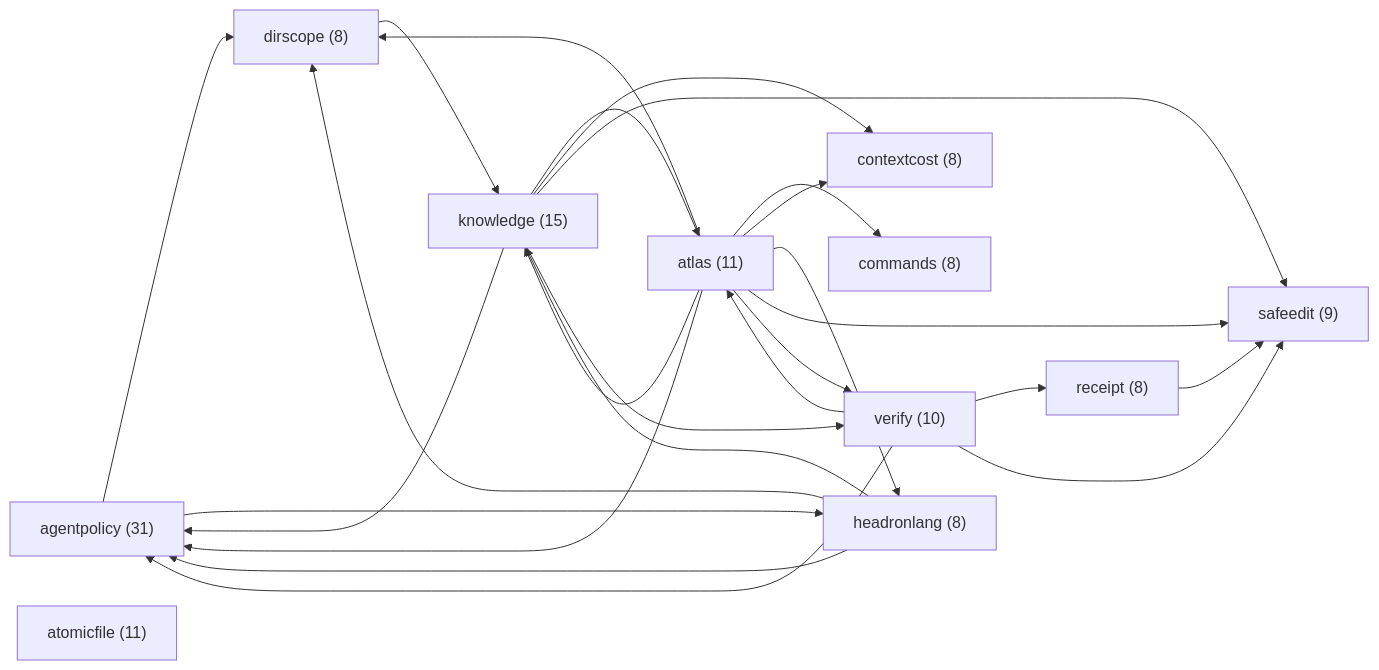
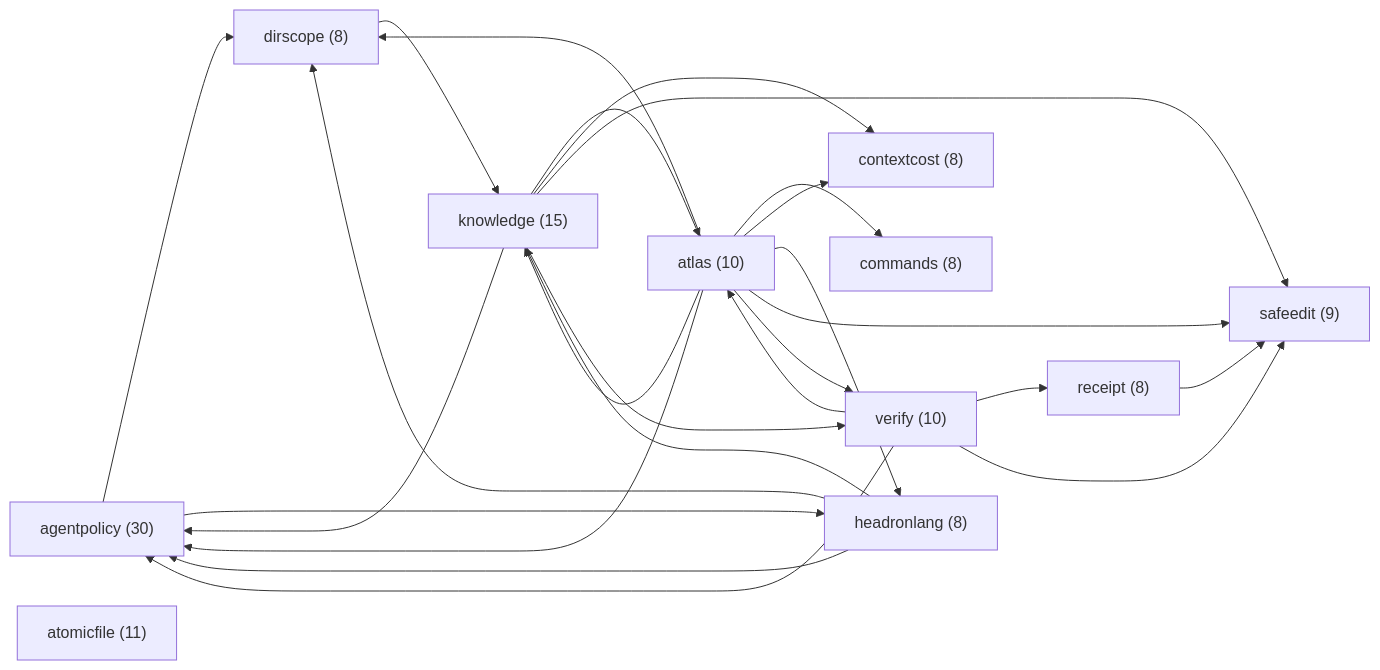
Before and after one commit to HLIntel/Headron: the diagram in docs/MODULES.md, drawn with Mermaid. The commit also changed other lines of this file and 10 other files, not shown here.

````diff
--- a/docs/MODULES.md
+++ b/docs/MODULES.md
@@ -8,38 +8,38 @@
 ```mermaid
 flowchart LR
-  m_agentpolicy["agentpolicy (31)"]
-  m_atlas["atlas (11)"]
+  m_agentpolicy["agentpolicy (30)"]
+  m_atlas["atlas (10)"]
   m_atomicfile["atomicfile (11)"]
   m_commands["commands (8)"]
   m_contextcost["contextcost (8)"]
   m_dirscope["dirscope (8)"]
   m_headronlang["headronlang (8)"]
   m_knowledge["knowledge (15)"]
   m_receipt["receipt (8)"]
   m_safeedit["safeedit (9)"]
   m_verify["verify (10)"]
   m_agentpolicy --> m_dirscope
   m_agentpolicy --> m_headronlang
   m_atlas --> m_agentpolicy
   m_atlas --> m_commands
   m_atlas --> m_contextcost
   m_atlas --> m_dirscope
   m_atlas --> m_headronlang
   m_atlas --> m_knowledge
   m_atlas --> m_safeedit
   m_atlas --> m_verify
   m_dirscope --> m_knowledge
   m_headronlang --> m_agentpolicy
   m_headronlang --> m_dirscope
   m_headronlang --> m_knowledge
   m_knowledge --> m_agentpolicy
   m_knowledge --> m_atlas
   m_knowledge --> m_contextcost
   m_knowledge --> m_safeedit
   m_knowledge --> m_verify
   m_receipt --> m_safeedit
   m_verify --> m_agentpolicy
   m_verify --> m_atlas
   m_verify --> m_receipt
   m_verify --> m_safeedit
 ```
````
